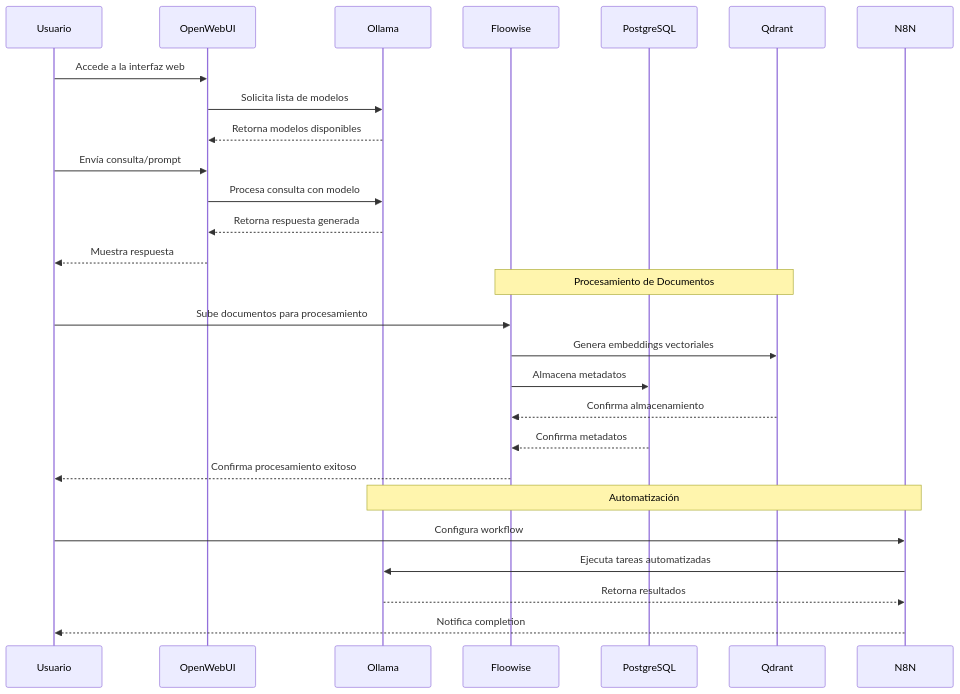
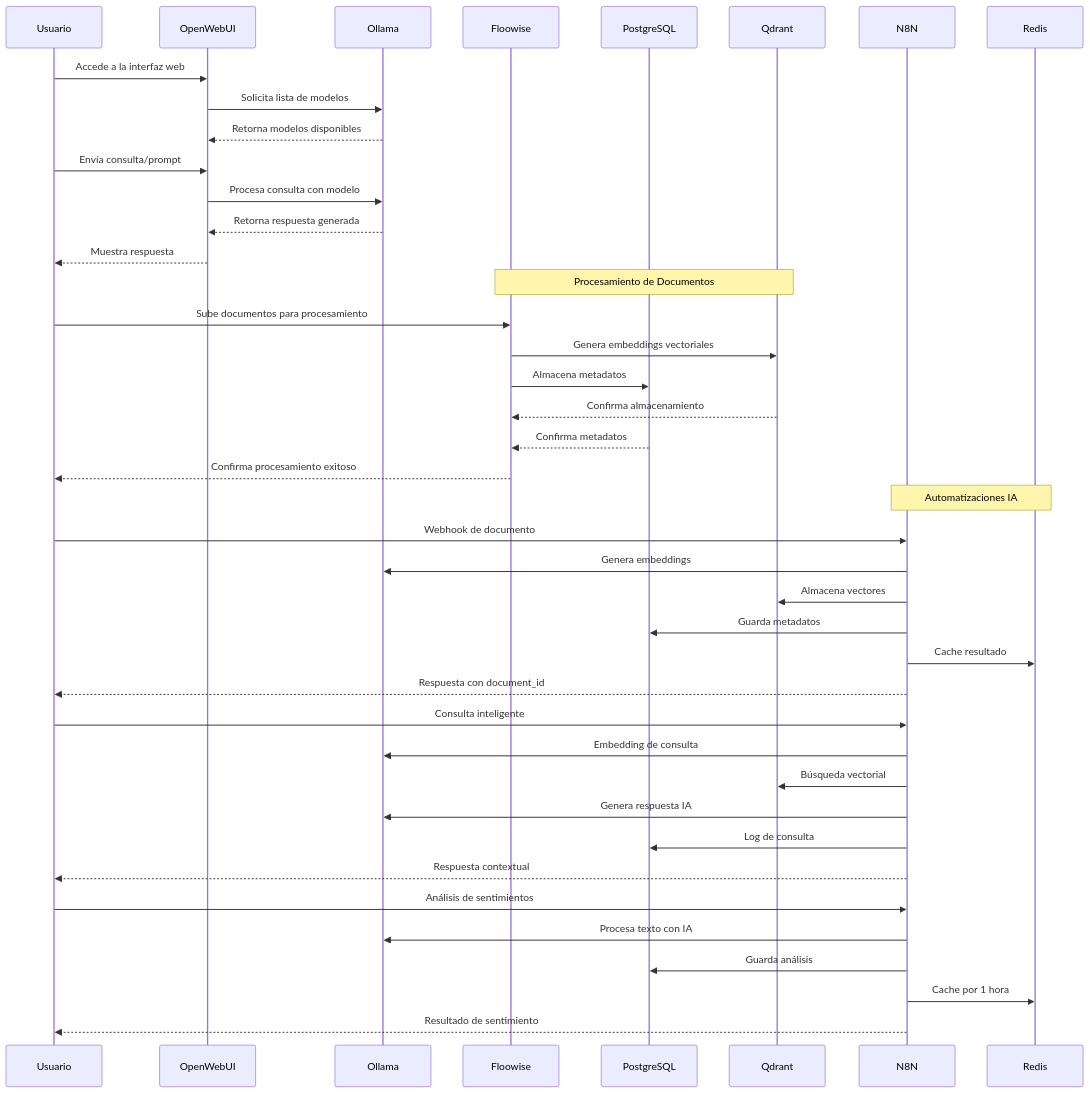
The second of 8 diagrams in README.md (EdissonGirald0/laboratorioAI), drawn with Mermaid before and after one commit. The commit also changed other lines of this file and 16 other files, not shown here.

````diff
--- a/README.md
+++ b/README.md
@@ -85,33 +139,49 @@
 ```mermaid
 sequenceDiagram
     participant U as Usuario
     participant UI as OpenWebUI
     participant OL as Ollama
     participant FW as Floowise
     participant PG as PostgreSQL
     participant QD as Qdrant
     participant N8N as N8N
+    participant RD as Redis
 
     U->>UI: Accede a la interfaz web
     UI->>OL: Solicita lista de modelos
     OL-->>UI: Retorna modelos disponibles
     
     U->>UI: Envía consulta/prompt
     UI->>OL: Procesa consulta con modelo
     OL-->>UI: Retorna respuesta generada
     UI-->>U: Muestra respuesta
     
     Note over FW,QD: Procesamiento de Documentos
     U->>FW: Sube documentos para procesamiento
     FW->>QD: Genera embeddings vectoriales
     FW->>PG: Almacena metadatos
     QD-->>FW: Confirma almacenamiento
     PG-->>FW: Confirma metadatos
     FW-->>U: Confirma procesamiento exitoso
     
-    Note over N8N,OL: Automatización
-    U->>N8N: Configura workflow
-    N8N->>OL: Ejecuta tareas automatizadas
-    OL-->>N8N: Retorna resultados
-    N8N-->>U: Notifica completion
+    Note over N8N,RD: Automatizaciones IA
+    U->>N8N: Webhook de documento
+    N8N->>OL: Genera embeddings
+    N8N->>QD: Almacena vectores
+    N8N->>PG: Guarda metadatos
+    N8N->>RD: Cache resultado
+    N8N-->>U: Respuesta con document_id
+    
+    U->>N8N: Consulta inteligente
+    N8N->>OL: Embedding de consulta
+    N8N->>QD: Búsqueda vectorial
+    N8N->>OL: Genera respuesta IA
+    N8N->>PG: Log de consulta
+    N8N-->>U: Respuesta contextual
+    
+    U->>N8N: Análisis de sentimientos
+    N8N->>OL: Procesa texto con IA
+    N8N->>PG: Guarda análisis
+    N8N->>RD: Cache por 1 hora
+    N8N-->>U: Resultado de sentimiento
 ```
````
